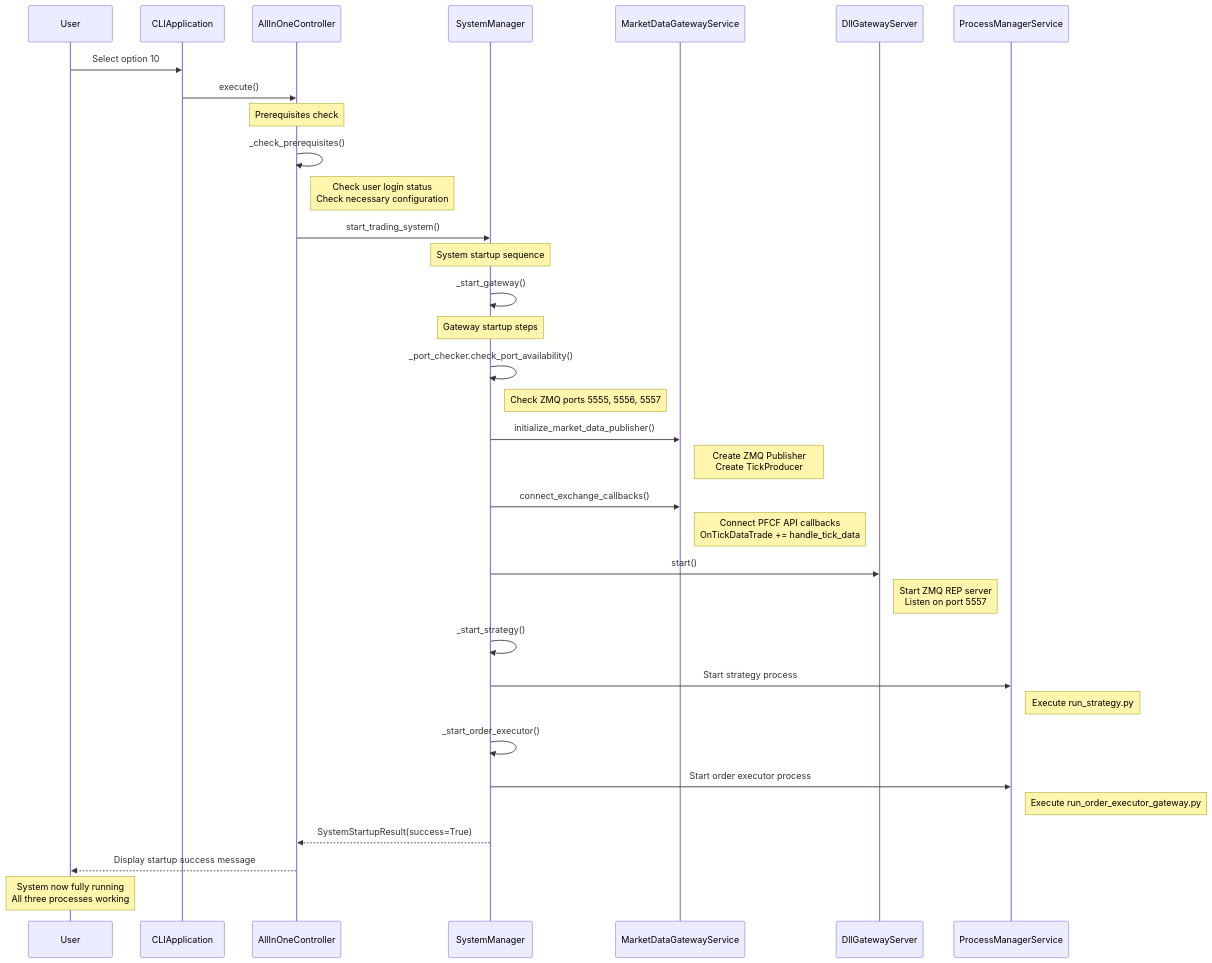
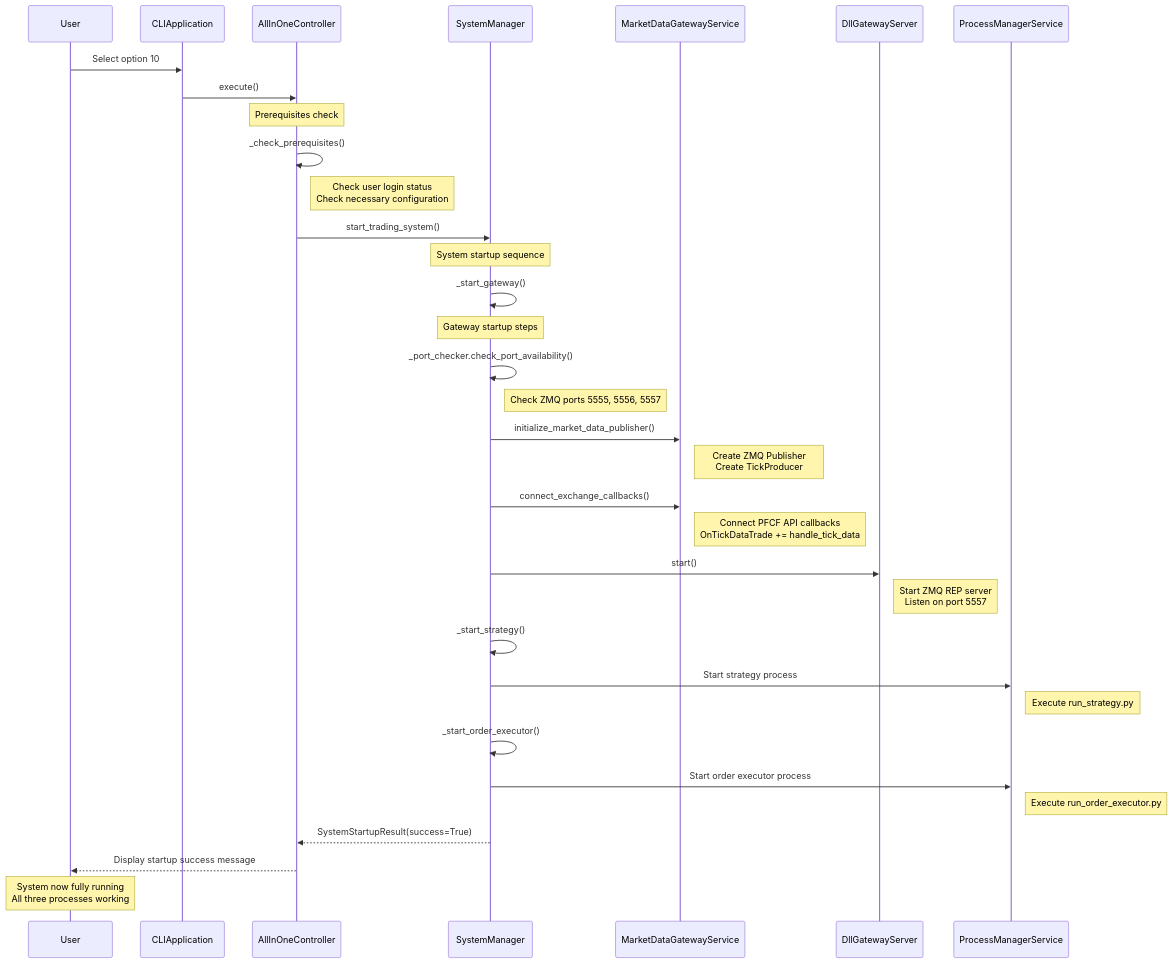
The third of 11 diagrams in docs/architecture/DETAILED_FLOW_DIAGRAMS.md (ttpss930141011/auto-futures-trading-machine), drawn with Mermaid before and after one commit. The commit also changed other lines of this file and 50 other files, not shown here.

````diff
--- a/docs/architecture/DETAILED_FLOW_DIAGRAMS.md
+++ b/docs/architecture/DETAILED_FLOW_DIAGRAMS.md
@@ -96,48 +96,48 @@
 ```mermaid
 sequenceDiagram
     participant User as User
     participant CLI as CLIApplication
     participant Controller as AllInOneController
     participant SM as SystemManager
     participant MDG as MarketDataGatewayService
     participant DGS as DllGatewayServer
     participant PM as ProcessManagerService
     
     User->>CLI: Select option 10
     CLI->>Controller: execute()
     
     Note over Controller: Prerequisites check
     Controller->>Controller: _check_prerequisites()
     Note right of Controller: Check user login status<br/>Check necessary configuration
     
     Controller->>SM: start_trading_system()
     
     Note over SM: System startup sequence
     SM->>SM: _start_gateway()
     
     Note over SM: Gateway startup steps
     SM->>SM: _port_checker.check_port_availability()
     Note right of SM: Check ZMQ ports 5555, 5556, 5557
     
     SM->>MDG: initialize_market_data_publisher()
     Note right of MDG: Create ZMQ Publisher<br/>Create TickProducer
     
     SM->>MDG: connect_exchange_callbacks()
     Note right of MDG: Connect PFCF API callbacks<br/>OnTickDataTrade += handle_tick_data
     
     SM->>DGS: start()
     Note right of DGS: Start ZMQ REP server<br/>Listen on port 5557
     
     SM->>SM: _start_strategy()
     SM->>PM: Start strategy process
     Note right of PM: Execute run_strategy.py
     
     SM->>SM: _start_order_executor()
     SM->>PM: Start order executor process
-    Note right of PM: Execute run_order_executor_gateway.py
+    Note right of PM: Execute run_order_executor.py
     
     SM-->>Controller: SystemStartupResult(success=True)
     Controller-->>User: Display startup success message
     
     Note over User: System now fully running<br/>All three processes working
 ```
````
